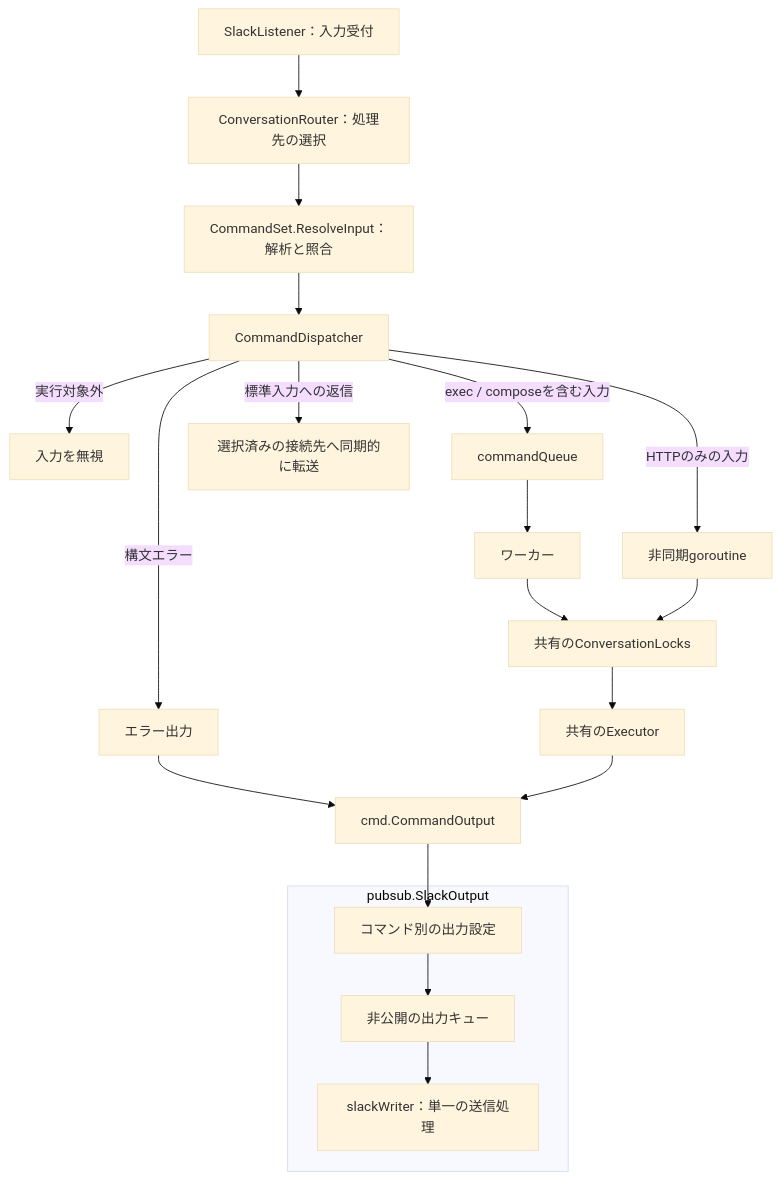
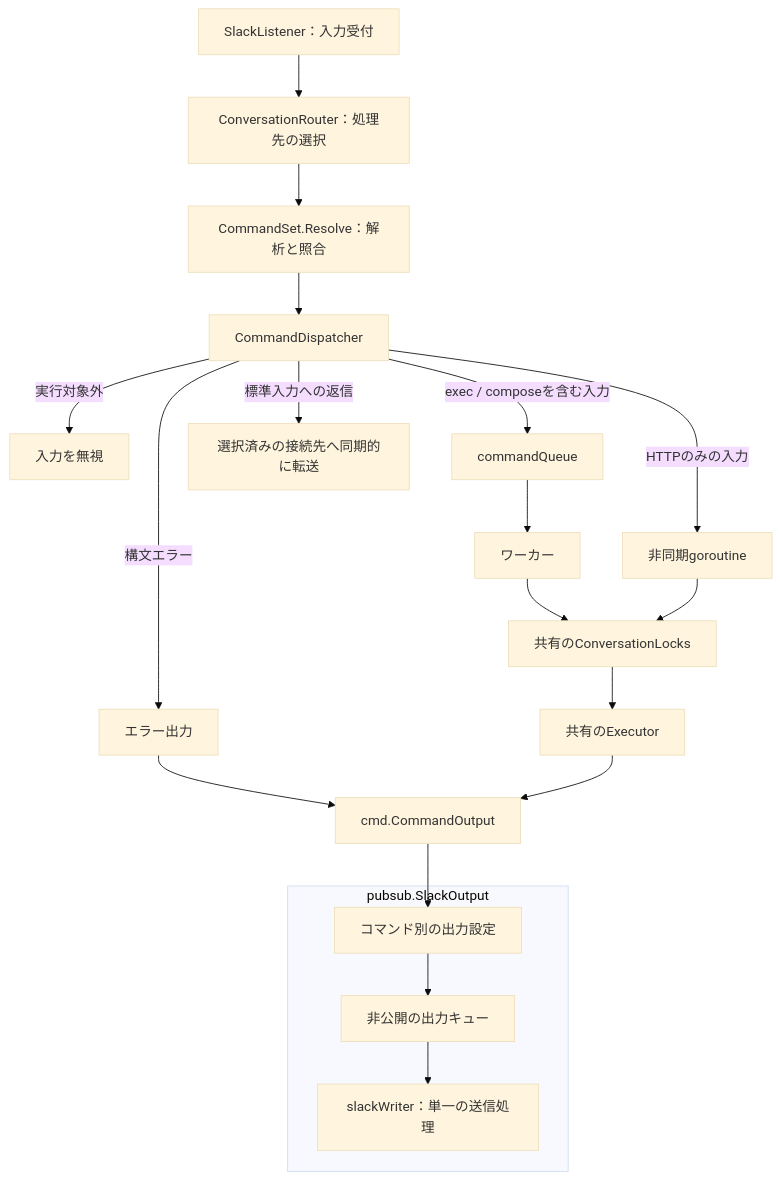
The diagram in docs/internal.md (hnw/slack-commander), drawn with Mermaid (base theme) before and after one commit. The commit also changed other lines of this file and 41 other files, not shown here.

````diff
--- a/docs/internal.md
+++ b/docs/internal.md
@@ -29,22 +31,22 @@
 ```mermaid
 flowchart TD
     listener["SlackListener：入力受付"] --> router["ConversationRouter：処理先の選択"]
-    router --> resolve["CommandSet.ResolveInput：解析と照合"]
+    router --> resolve["CommandSet.Resolve：解析と照合"]
     resolve --> dispatcher["CommandDispatcher"]
     dispatcher -->|構文エラー| parseOutput["エラー出力"]
     parseOutput --> commandOutput["cmd.CommandOutput"]
     dispatcher -->|実行対象外| ignored["入力を無視"]
     dispatcher -->|exec / composeを含む入力| queue["commandQueue"]
     queue --> workers["ワーカー"]
     workers --> locks["共有のConversationLocks"]
     dispatcher -->|HTTPのみの入力| async["非同期goroutine"]
     async --> locks
     locks --> executor["共有のExecutor"]
     dispatcher -->|標準入力への返信| direct["選択済みの接続先へ同期的に転送"]
     executor --> commandOutput
     commandOutput --> slackCommandOutput["コマンド別の出力設定"]
     subgraph pipeline["pubsub.SlackOutput"]
         slackCommandOutput --> output["非公開の出力キュー"]
         output --> writer["slackWriter：単一の送信処理"]
     end
 ```
````
